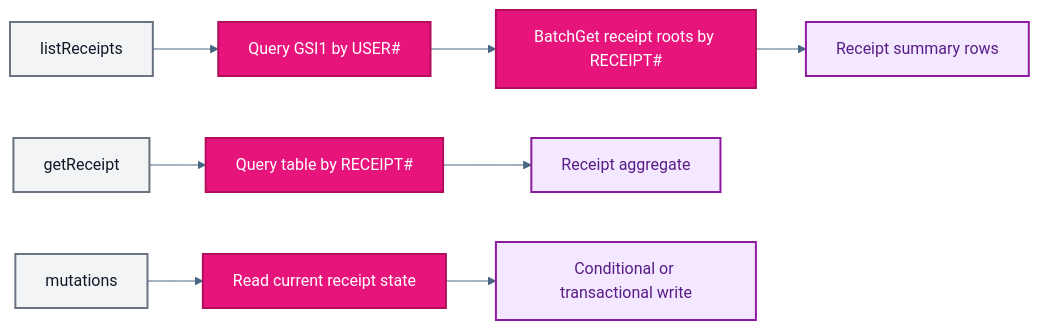
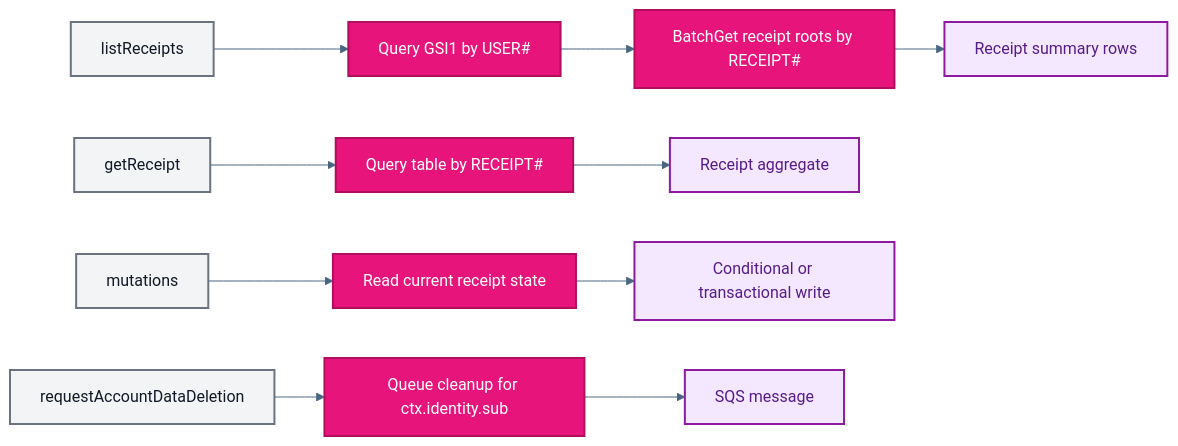
Before and after one commit to reiganarmstrong/check-split-mono: the fourth of 5 diagrams in infra/modules/receipt-api/README.md, drawn with Mermaid. The commit also changed other lines of this file and 15 other files, not shown here.

First line of the commit message:
feat(receipt-api): add account data deletion pipeline

````diff
--- a/infra/modules/receipt-api/README.md
+++ b/infra/modules/receipt-api/README.md
@@ -170,31 +203,34 @@
 ```mermaid
 ---
 config:
   theme: base
   themeVariables:
     primaryColor: "#E8EEF9"
     primaryTextColor: "#102A43"
     primaryBorderColor: "#486581"
     lineColor: "#486581"
     secondaryColor: "#E6F4EA"
     tertiaryColor: "#FFF4CC"
 ---
 flowchart LR
   L1["listReceipts"] --> Q1["Query GSI1 by USER#<ctx.identity.sub>"]
   Q1 --> Q1B["BatchGet receipt roots by RECEIPT#<receipt_id>"]
   Q1B --> O1["Receipt summary rows"]
 
   L2["getReceipt"] --> Q2["Query table by RECEIPT#<receipt_id>"]
   Q2 --> O2["Receipt aggregate"]
 
   L3["mutations"] --> Q3["Read current receipt state"]
   Q3 --> O3["Conditional or transactional write"]
 
+  L4["requestAccountDataDeletion"] --> Q4["Queue cleanup for ctx.identity.sub"]
+  Q4 --> O4["SQS message"]
+
   classDef query fill:#E7157B,stroke:#B10F5E,color:#FFFFFF,stroke-width:2px;
   classDef access fill:#F3F4F6,stroke:#6B7280,color:#111827,stroke-width:2px;
   classDef result fill:#F3E8FF,stroke:#8E1AA1,color:#581C87,stroke-width:2px;
 
-  class L1,L2,L3 access;
-  class Q1,Q1B,Q2,Q3 query;
-  class O1,O2,O3 result;
+  class L1,L2,L3,L4 access;
+  class Q1,Q1B,Q2,Q3,Q4 query;
+  class O1,O2,O3,O4 result;
 ```
````
